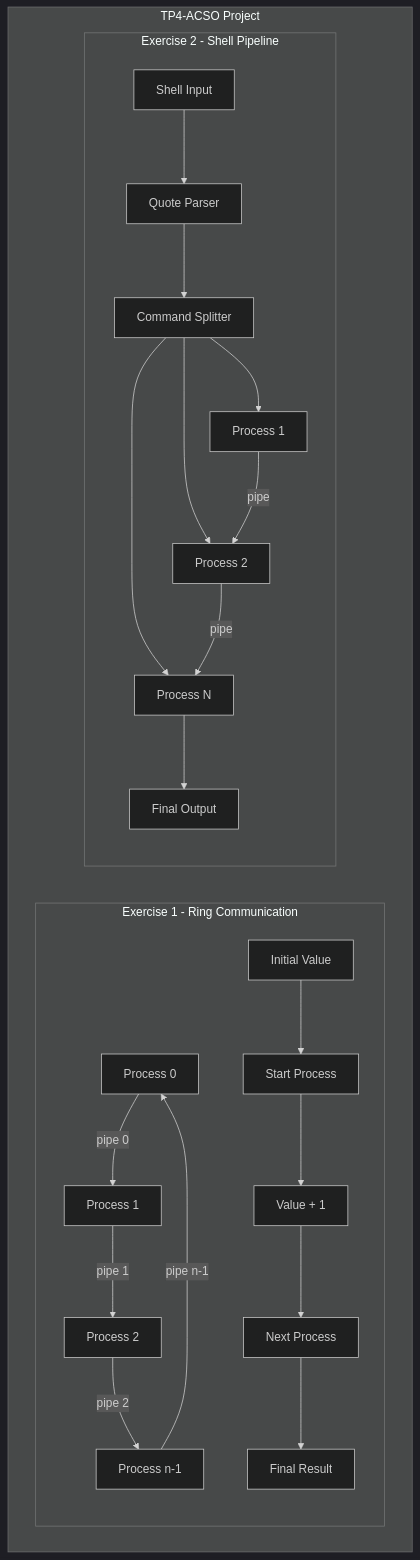
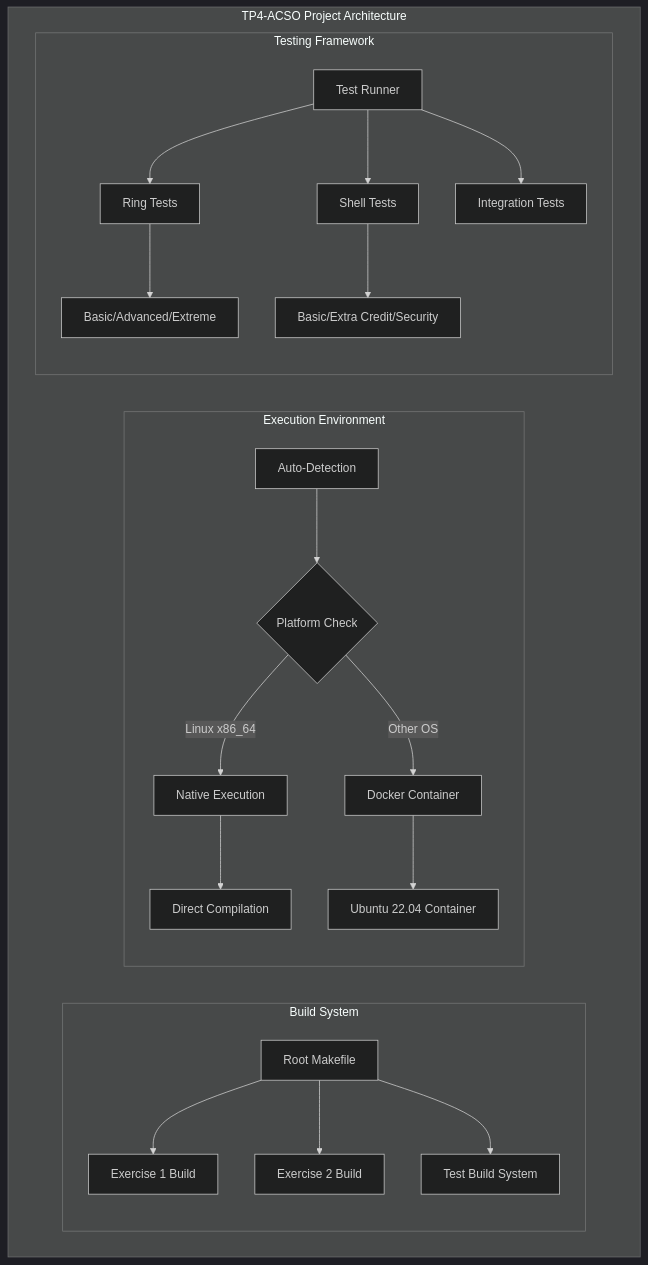
Before and after one commit to frizynn/tp4-acso: the first of 5 diagrams in README.md, drawn with Mermaid (dark theme). The commit also changed other lines of this file, not shown here.

````diff
--- a/README.md
+++ b/README.md
@@ -33,28 +46,26 @@
 ```mermaid
 graph TB
-    subgraph "TP4-ACSO Project"
-        subgraph "Exercise 1 - Ring Communication"
-            A[Process 0] -->|pipe 0| B[Process 1]
-            B -->|pipe 1| C[Process 2]
-            C -->|pipe 2| D[Process n-1]
-            D -->|pipe n-1| A
-            
-            E[Initial Value] --> F[Start Process]
-            F --> G[Value + 1]
-            G --> H[Next Process]
-            H --> I[Final Result]
+    subgraph "TP4-ACSO Project Architecture"
+        subgraph "Build System"
+            A[Root Makefile] --> B[Exercise 1 Build]
+            A --> C[Exercise 2 Build]
+            A --> D[Test Build System]
         end
         
-        subgraph "Exercise 2 - Shell Pipeline"
-            J[Shell Input] --> K[Quote Parser]
-            K --> L[Command Splitter]
-            L --> M[Process 1]
-            L --> N[Process 2]
-            L --> O[Process N]
-            
-            M -->|pipe| N
-            N -->|pipe| O
-            O --> P[Final Output]
+        subgraph "Execution Environment"
+            E[Auto-Detection] --> F{Platform Check}
+            F -->|Linux x86_64| G[Native Execution]
+            F -->|Other OS| H[Docker Container]
+            G --> I[Direct Compilation]
+            H --> J[Ubuntu 22.04 Container]
+        end
+        
+        subgraph "Testing Framework"
+            K[Test Runner] --> L[Ring Tests]
+            K --> M[Shell Tests]
+            K --> N[Integration Tests]
+            L --> O[Basic/Advanced/Extreme]
+            M --> P[Basic/Extra Credit/Security]
         end
     end
 ```
````
